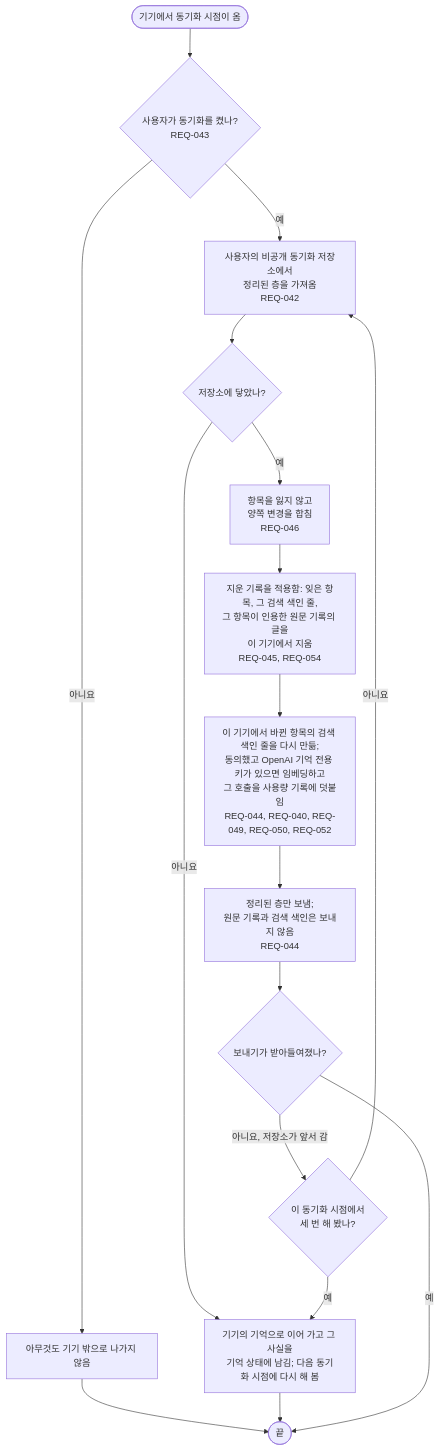
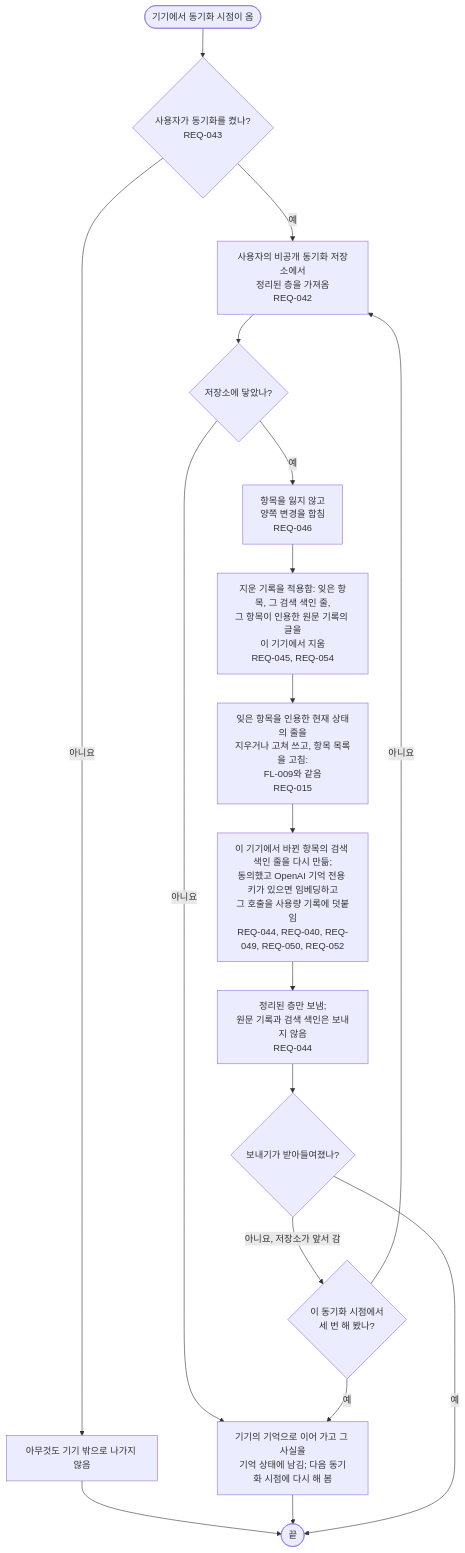
The diagram in docs/03-user-flow/memory/FL-012-sync-memory.ko.md (kodonghui/corthex), drawn with Mermaid before and after one commit. The commit also changed other lines of this file and 1 other file, not shown here.

Commit message:
docs: clean up the current state after sync tombstones in FL-012
When a sync applies tombstones, the merged current state can still hold
lines that cite a forgotten item, and the next start summary would
inject them. FL-012 now removes or rewrites those lines and updates the
item list after applying the tombstones, as FL-009 does on the device
where the item was forgotten.

Claude-Session: https://claude.ai/code/session_01Ls64kRw78pJy4XFQimX1zE

````diff
--- a/docs/03-user-flow/memory/FL-012-sync-memory.ko.md
+++ b/docs/03-user-flow/memory/FL-012-sync-memory.ko.md
@@ -9,19 +9,20 @@
 ```mermaid
 flowchart TD
   A(["기기에서 동기화 시점이 옴"]) --> B{"사용자가 동기화를 켰나?<br/>REQ-043"}
   B -->|아니요| B1["아무것도 기기 밖으로 나가지 않음"]
   B1 --> Z(["끝"])
   B -->|예| C["사용자의 비공개 동기화 저장소에서<br/>정리된 층을 가져옴<br/>REQ-042"]
   C --> D{"저장소에 닿았나?"}
   D -->|아니요| D1["기기의 기억으로 이어 가고 그 사실을<br/>기억 상태에 남김; 다음 동기화 시점에 다시 해 봄"]
   D1 --> Z
   D -->|예| E["항목을 잃지 않고<br/>양쪽 변경을 합침<br/>REQ-046"]
   E --> F["지운 기록을 적용함: 잊은 항목, 그 검색 색인 줄,<br/>그 항목이 인용한 원문 기록의 글을<br/>이 기기에서 지움<br/>REQ-045, REQ-054"]
-  F --> G["이 기기에서 바뀐 항목의 검색 색인 줄을 다시 만듦;<br/>동의했고 OpenAI 기억 전용 키가 있으면 임베딩하고<br/>그 호출을 사용량 기록에 덧붙임<br/>REQ-044, REQ-040, REQ-049, REQ-050, REQ-052"]
+  F --> F1["잊은 항목을 인용한 현재 상태의 줄을<br/>지우거나 고쳐 쓰고, 항목 목록을 고침:<br/>FL-009와 같음<br/>REQ-015"]
+  F1 --> G["이 기기에서 바뀐 항목의 검색 색인 줄을 다시 만듦;<br/>동의했고 OpenAI 기억 전용 키가 있으면 임베딩하고<br/>그 호출을 사용량 기록에 덧붙임<br/>REQ-044, REQ-040, REQ-049, REQ-050, REQ-052"]
   G --> H["정리된 층만 보냄;<br/>원문 기록과 검색 색인은 보내지 않음<br/>REQ-044"]
   H --> I{"보내기가 받아들여졌나?"}
   I -->|예| Z
   I -->|아니요, 저장소가 앞서 감| J{"이 동기화 시점에서<br/>세 번 해 봤나?"}
   J -->|아니요| C
   J -->|예| D1
 ```
````
